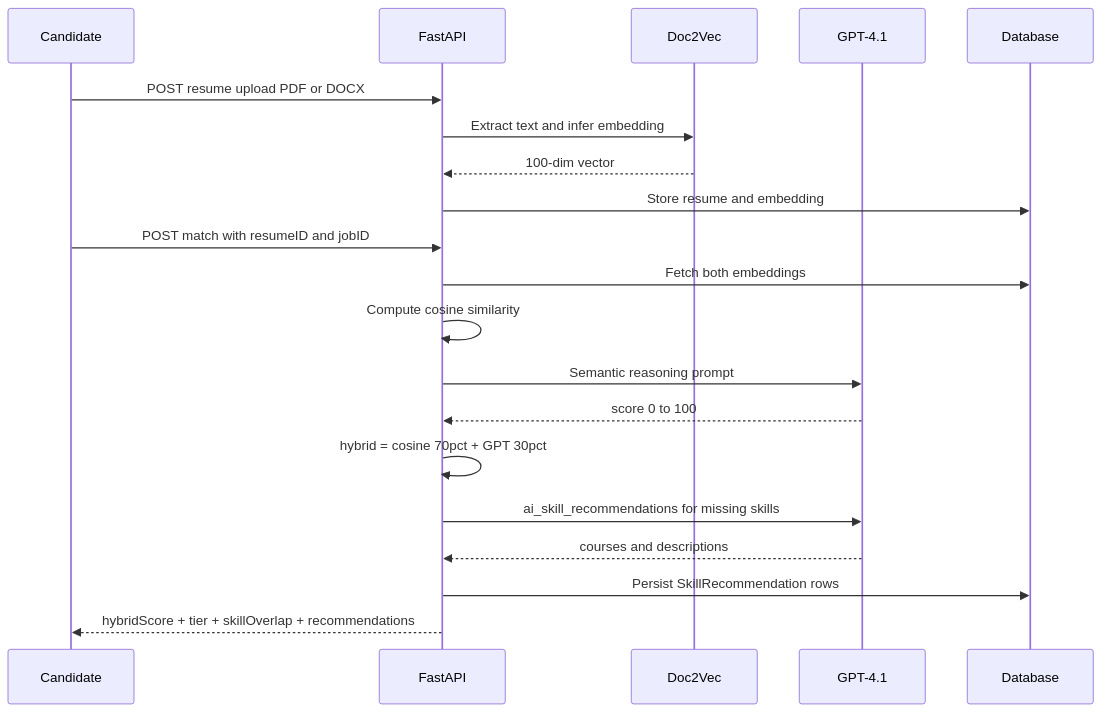
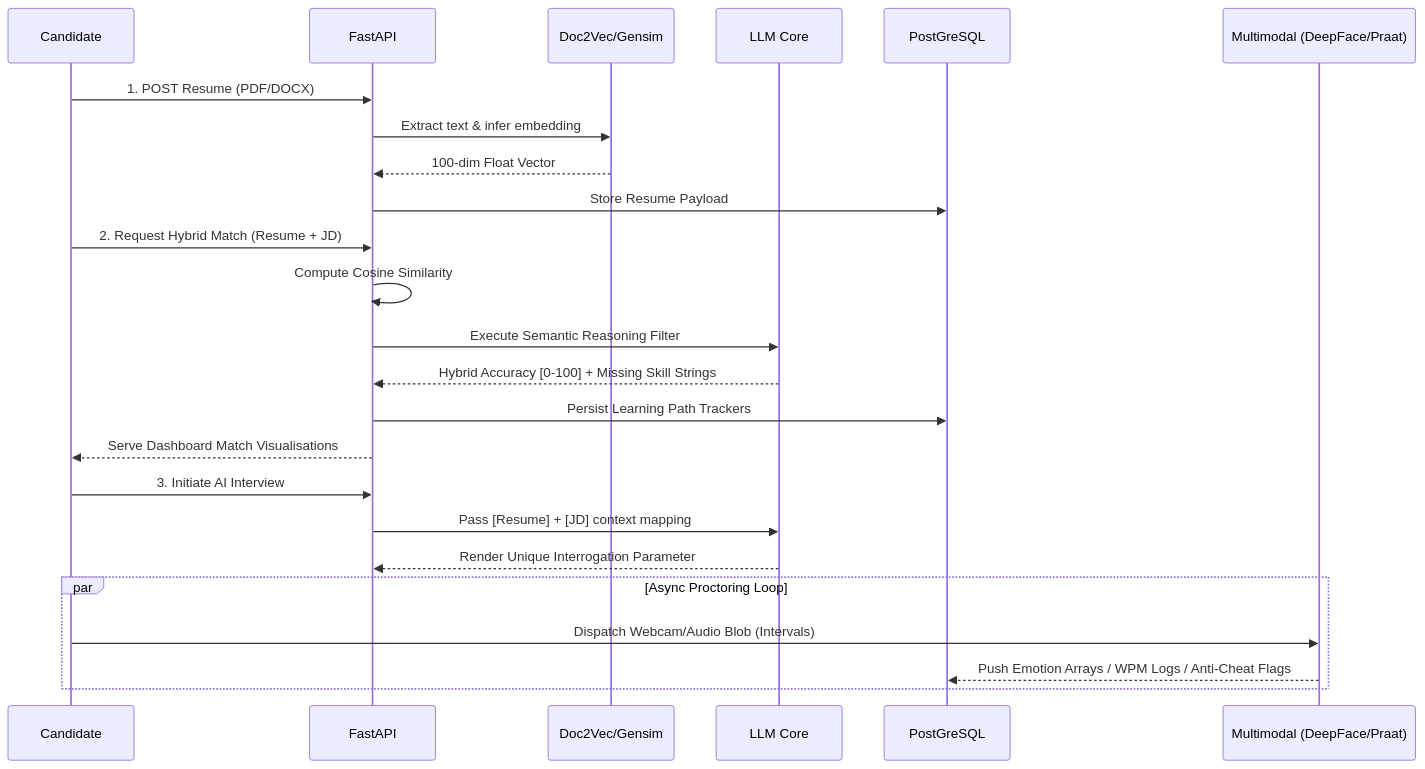
Before and after one commit to Shreyyy07/Career-Connect-AI---Major-Project: the first of 2 diagrams in README.md, drawn with Mermaid. The commit also changed other lines of this file, not shown here.

````diff
--- a/README.md
+++ b/README.md
@@ -120,24 +52,30 @@
 ```mermaid
 sequenceDiagram
     participant C as Candidate
     participant API as FastAPI
-    participant D2V as Doc2Vec
-    participant GPT as GPT-4.1
-    participant DB as Database
+    participant D2V as Doc2Vec/Gensim
+    participant GPT as LLM Core
+    participant DB as PostGreSQL
+    participant M as Multimodal (DeepFace/Praat)
 
-    C->>API: POST resume upload PDF or DOCX
-    API->>D2V: Extract text and infer embedding
-    D2V-->>API: 100-dim vector
-    API->>DB: Store resume and embedding
+    C->>API: 1. POST Resume (PDF/DOCX)
+    API->>D2V: Extract text & infer embedding
+    D2V-->>API: 100-dim Float Vector
+    API->>DB: Store Resume Payload
 
-    C->>API: POST match with resumeID and jobID
-    API->>DB: Fetch both embeddings
-    API->>API: Compute cosine similarity
-    API->>GPT: Semantic reasoning prompt
-    GPT-->>API: score 0 to 100
-    API->>API: hybrid = cosine 70pct + GPT 30pct
-    API->>GPT: ai_skill_recommendations for missing skills
-    GPT-->>API: courses and descriptions
-    API->>DB: Persist SkillRecommendation rows
-    API-->>C: hybridScore + tier + skillOverlap + recommendations
+    C->>API: 2. Request Hybrid Match (Resume + JD)
+    API->>API: Compute Cosine Similarity
+    API->>GPT: Execute Semantic Reasoning Filter
+    GPT-->>API: Hybrid Accuracy [0-100] + Missing Skill Strings
+    API->>DB: Persist Learning Path Trackers
+    API-->>C: Serve Dashboard Match Visualisations
+
+    C->>API: 3. Initiate AI Interview 
+    API->>GPT: Pass [Resume] + [JD] context mapping
+    GPT-->>API: Render Unique Interrogation Parameter
+    
+    par Async Proctoring Loop
+        C->>M: Dispatch Webcam/Audio Blob (Intervals)
+        M-->>DB: Push Emotion Arrays / WPM Logs / Anti-Cheat Flags
+    end
 ```
````
